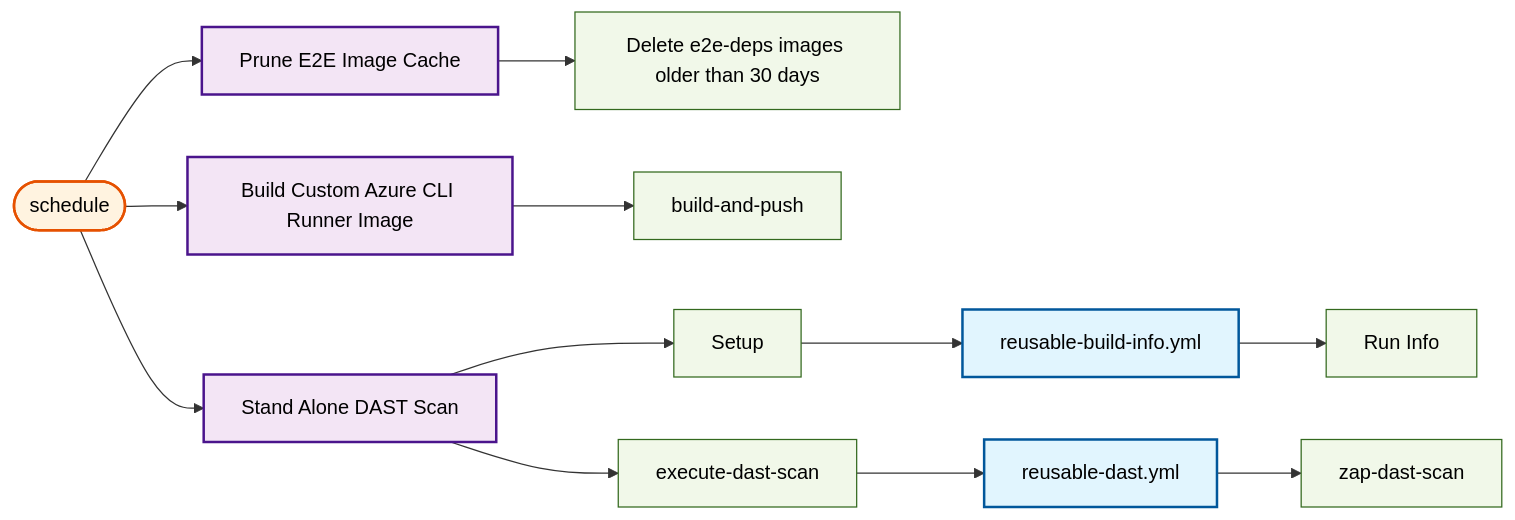
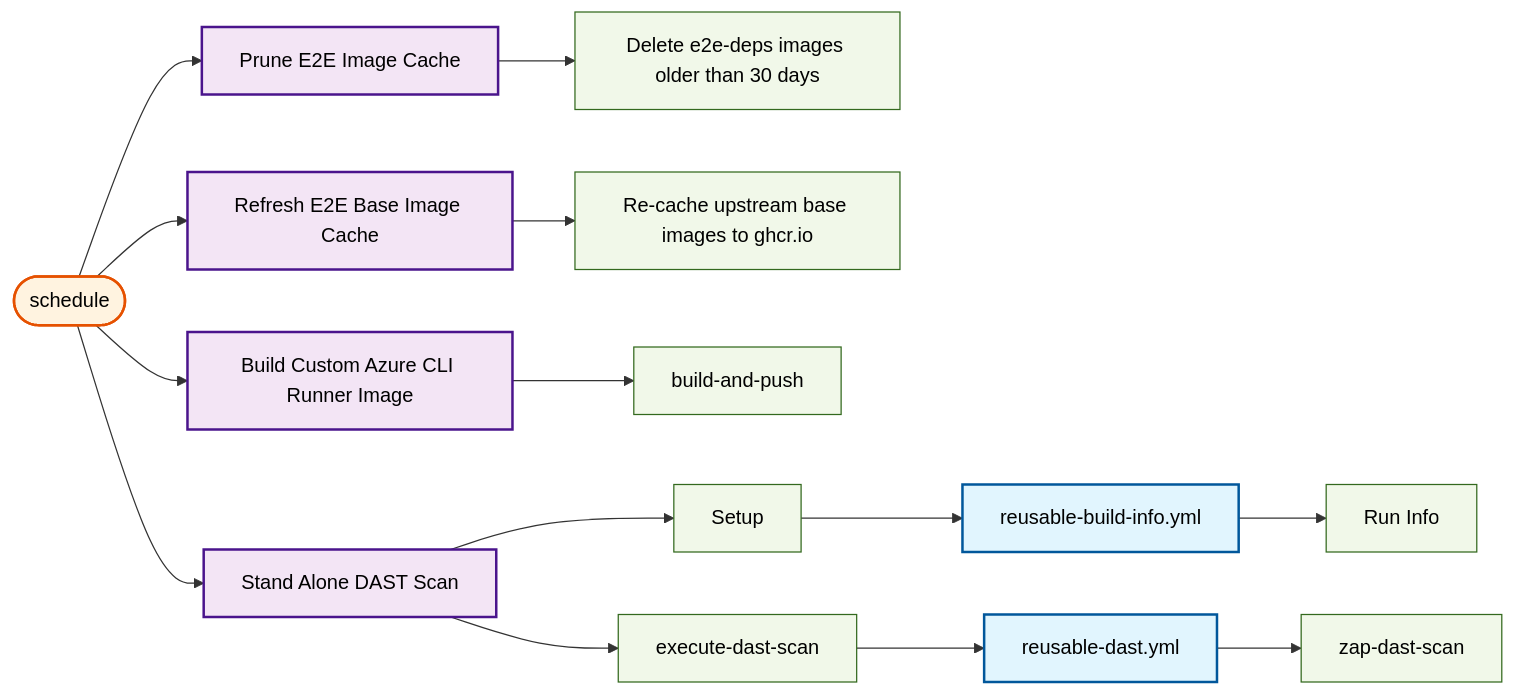
The tenth of 25 diagrams in docs/operations/workflow-diagram.md (US-Trustee-Program/Bankruptcy-Oversight-Support-Systems), drawn with Mermaid before and after one commit. The commit also changed other lines of this file and 3 other files, not shown here.

````diff
--- a/docs/operations/workflow-diagram.md
+++ b/docs/operations/workflow-diagram.md
@@ -516,45 +517,51 @@
 ```mermaid
 flowchart LR
     trigger_schedule(["schedule"])
     prune_e2e_image_cache_yml["Prune E2E Image Cache"]
     prune_e2e_image_cache_yml_prune["Delete e2e-deps images older than 30 days"]
+    refresh_e2e_base_images_yml["Refresh E2E Base Image Cache"]
+    refresh_e2e_base_images_yml_refresh["Re-cache upstream base images to ghcr.io"]
     build_azure_cli_image_yml["Build Custom Azure CLI Runner Image"]
     build_azure_cli_image_yml_build_and_push["build-and-push"]
     dast_scan_yml["Stand Alone DAST Scan"]
     dast_scan_yml_setup["Setup"]
     reusable_build_info_yml["reusable-build-info.yml"]
     reusable_build_info_yml_build_info["Run Info"]
     dast_scan_yml_execute_dast_scan["execute-dast-scan"]
     reusable_dast_yml["reusable-dast.yml"]
     reusable_dast_yml_zap_dast_scan["zap-dast-scan"]
 
     trigger_schedule --> prune_e2e_image_cache_yml
     prune_e2e_image_cache_yml --> prune_e2e_image_cache_yml_prune
+    trigger_schedule --> refresh_e2e_base_images_yml
+    refresh_e2e_base_images_yml --> refresh_e2e_base_images_yml_refresh
     trigger_schedule --> build_azure_cli_image_yml
     build_azure_cli_image_yml --> build_azure_cli_image_yml_build_and_push
     trigger_schedule --> dast_scan_yml
     dast_scan_yml --> dast_scan_yml_setup
     reusable_build_info_yml --> reusable_build_info_yml_build_info
     dast_scan_yml_setup --> reusable_build_info_yml
     dast_scan_yml --> dast_scan_yml_execute_dast_scan
     reusable_dast_yml --> reusable_dast_yml_zap_dast_scan
     dast_scan_yml_execute_dast_scan --> reusable_dast_yml
 
     classDef reusable fill:#e1f5fe,stroke:#01579b,stroke-width:2px,color:#000000
     classDef mainWorkflow fill:#f3e5f5,stroke:#4a148c,stroke-width:2px,color:#000000
     classDef trigger fill:#fff3e0,stroke:#e65100,stroke-width:2px,color:#000000
     classDef job fill:#f1f8e9,stroke:#33691e,stroke-width:1px,color:#000000
 
     class trigger_schedule trigger
     class prune_e2e_image_cache_yml mainWorkflow
     class prune_e2e_image_cache_yml_prune job
+    class refresh_e2e_base_images_yml mainWorkflow
+    class refresh_e2e_base_images_yml_refresh job
     class build_azure_cli_image_yml mainWorkflow
     class build_azure_cli_image_yml_build_and_push job
     class dast_scan_yml mainWorkflow
     class dast_scan_yml_setup job
     class reusable_build_info_yml reusable
     class reusable_build_info_yml_build_info job
     class dast_scan_yml_execute_dast_scan job
     class reusable_dast_yml reusable
     class reusable_dast_yml_zap_dast_scan job
 ```
````
